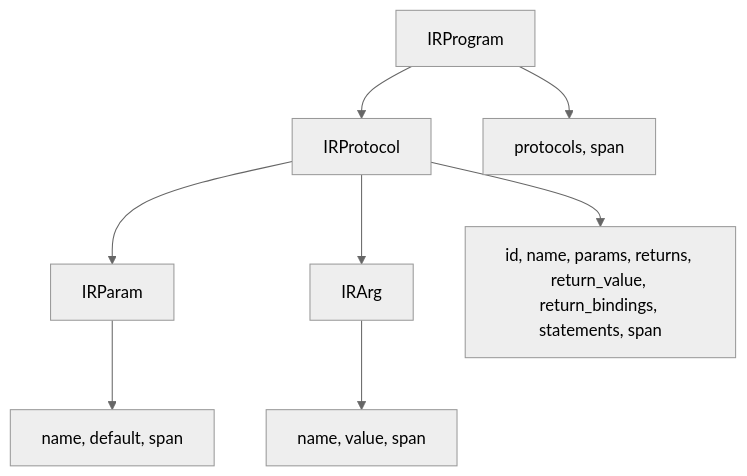
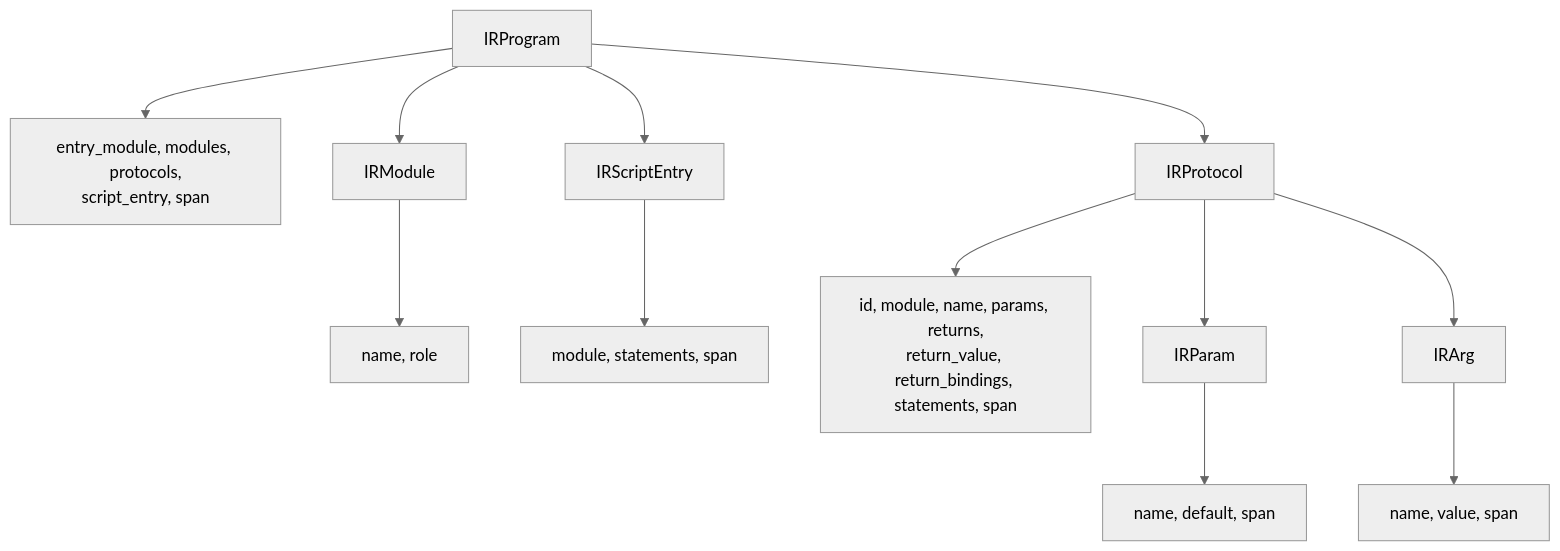
One commit to culsma/culsma changed the third of 6 diagrams in docs/architecture/pipeline/ir_structure_diagrams.md. Above: the diagram before and after it, drawn with Mermaid (neutral theme). The commit also changed other lines of this file and 30 other files, not shown here.

Commit message:
feat: separate script entry execution

````diff
--- a/docs/architecture/pipeline/ir_structure_diagrams.md
+++ b/docs/architecture/pipeline/ir_structure_diagrams.md
@@ -58,20 +62,28 @@
 ```mermaid
 flowchart TB
     Program["IRProgram"]
+    Module["IRModule"]
+    Script["IRScriptEntry"]
     Protocol["IRProtocol"]
     Param["IRParam"]
     Arg["IRArg"]
 
-    ProgramFields["protocols, span"]
-    ProtocolFields["id, name, params, returns, return_value, return_bindings, statements, span"]
+    ProgramFields["entry_module, modules, protocols,<br/>script_entry, span"]
+    ModuleFields["name, role"]
+    ScriptFields["module, statements, span"]
+    ProtocolFields["id, module, name, params, returns,<br/>return_value, return_bindings, statements, span"]
     ParamFields["name, default, span"]
     ArgFields["name, value, span"]
 
     Program --> ProgramFields
+    Program --> Module
+    Program --> Script
     Program --> Protocol
+    Module --> ModuleFields
+    Script --> ScriptFields
     Protocol --> ProtocolFields
     Protocol --> Param
     Protocol --> Arg
     Param --> ParamFields
     Arg --> ArgFields
 ```
````
